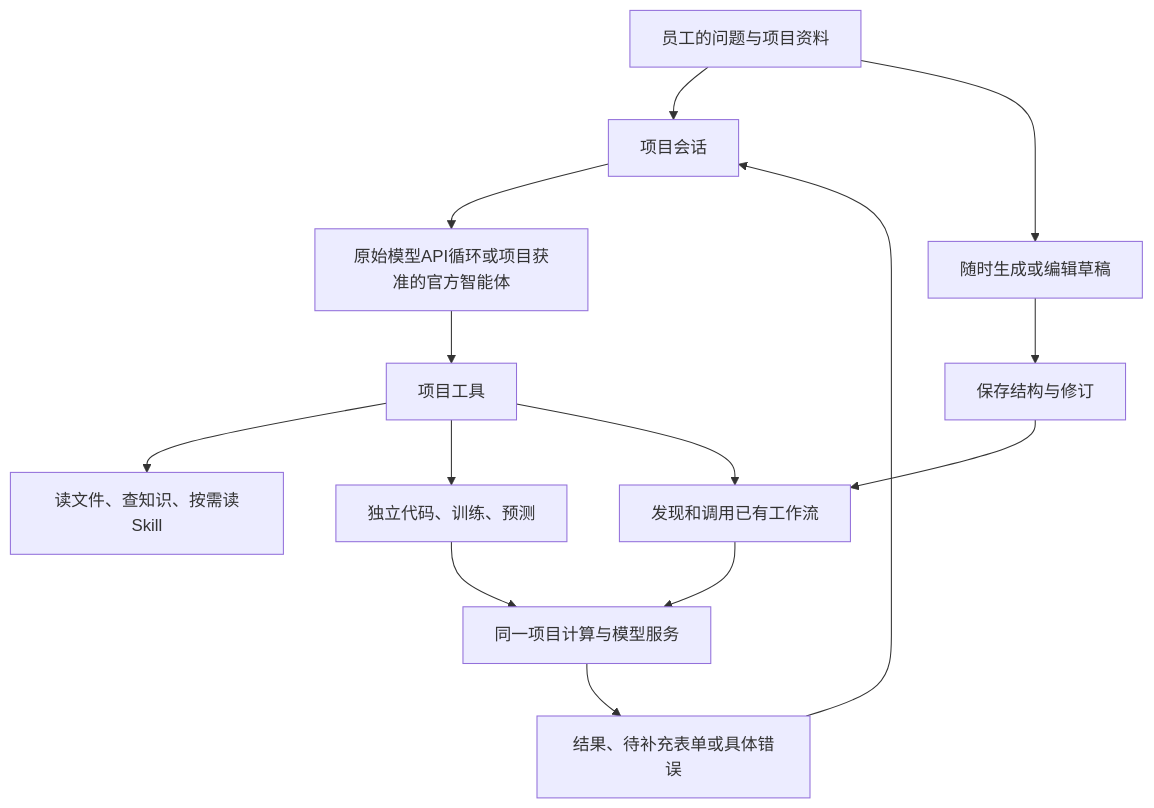
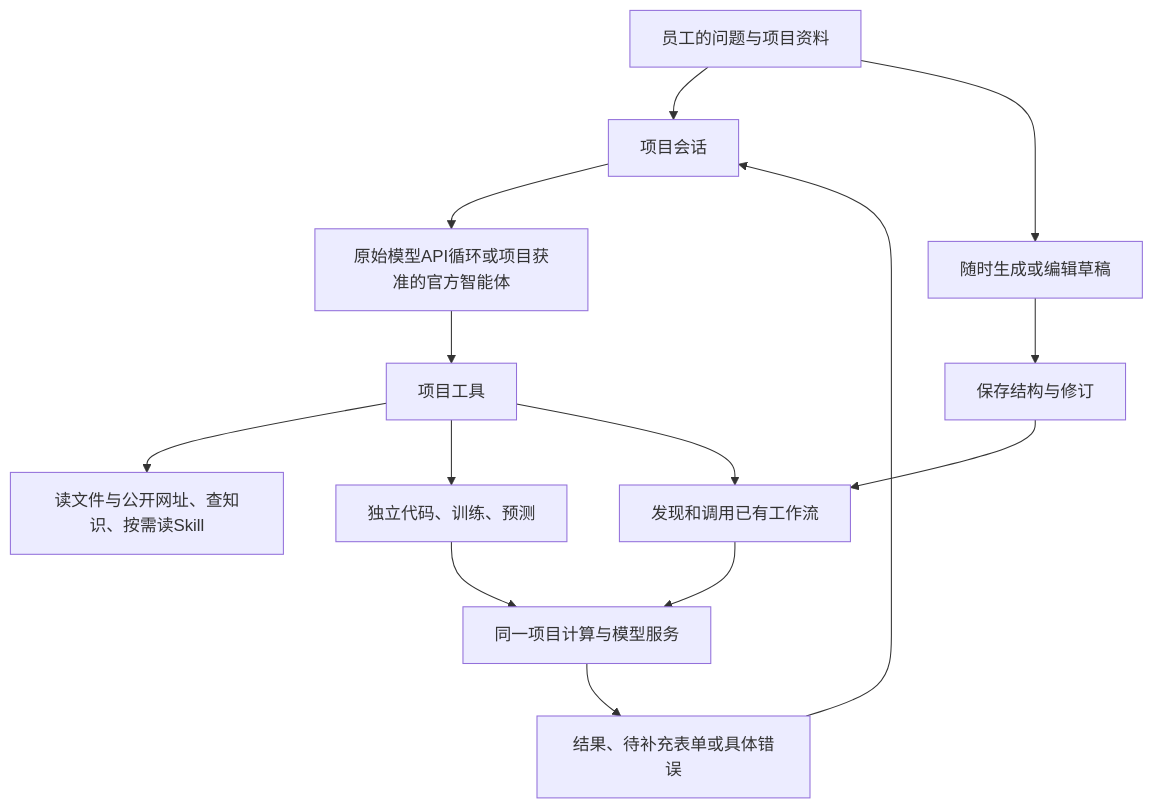
Before and after one commit to FlashBlank7/Lilies: the diagram in docs/V06_HARNESS_CURRENT_REVIEW.md, drawn with Mermaid. The commit also changed other lines of this file and 9 other files, not shown here.

````diff
--- a/docs/V06_HARNESS_CURRENT_REVIEW.md
+++ b/docs/V06_HARNESS_CURRENT_REVIEW.md
@@ -7,16 +7,16 @@
 ```mermaid
 flowchart TD
     U[员工的问题与项目资料] --> C[项目会话]
     C --> M[原始模型API循环或项目获准的官方智能体]
     M --> T[项目工具]
-    T --> D[读文件、查知识、按需读Skill]
+    T --> D[读文件与公开网址、查知识、按需读Skill]
     T --> X[独立代码、训练、预测]
     T --> W[发现和调用已有工作流]
     U --> G[随时生成或编辑草稿]
     G --> S[保存结构与修订]
     S --> W
     W --> R[同一项目计算与模型服务]
     X --> R
     R --> O[结果、待补充表单或具体错误]
     O --> C
 ```
````
